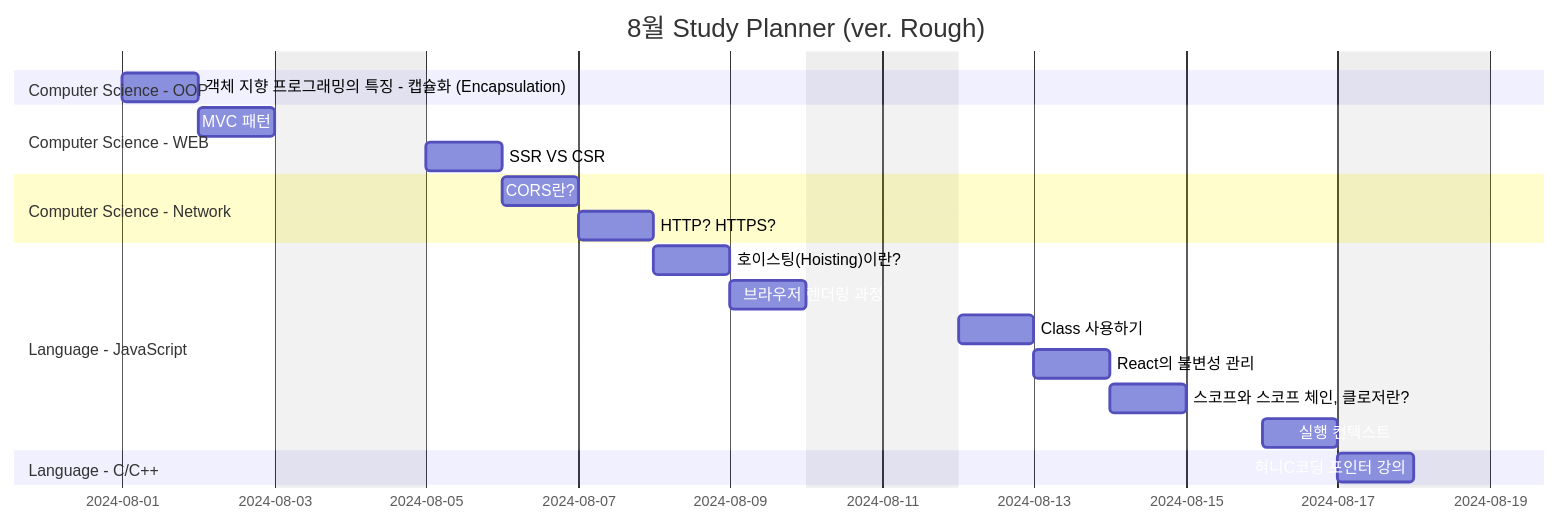
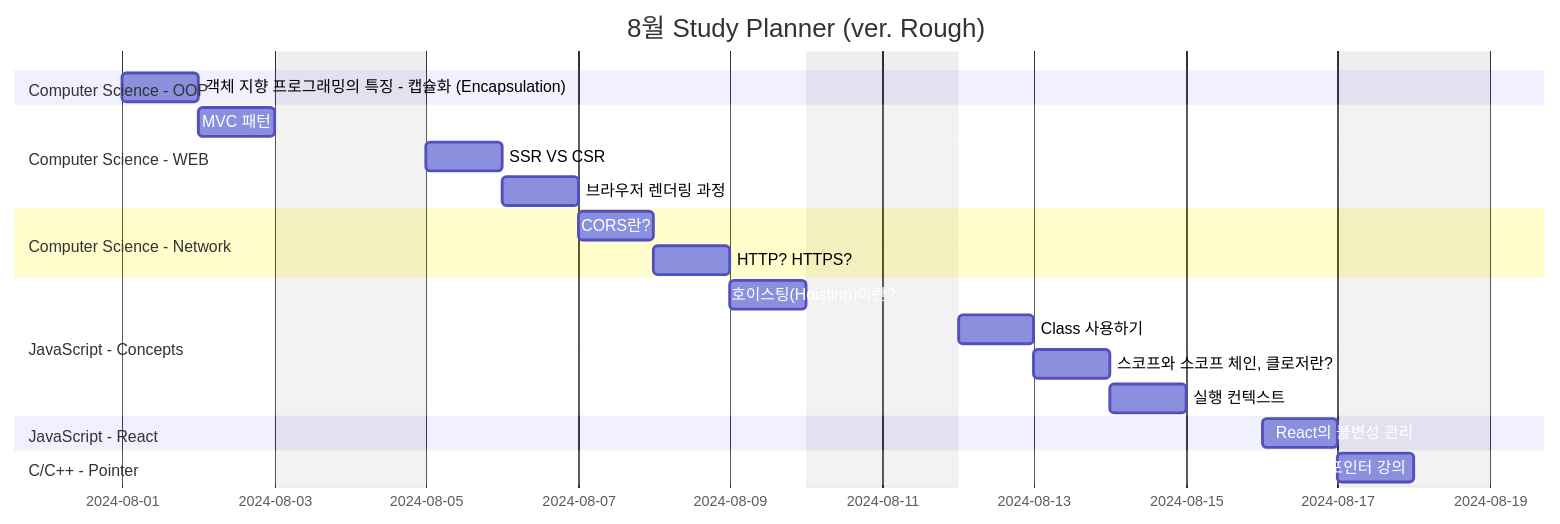
Before and after one commit to HyungJinHan/HyungJinHan.github.io: the second of 2 diagrams in _posts/other/2024-07-24-plan.md, drawn with Mermaid. The commit also changed other lines of this file and 19 other files, not shown here.

````diff
--- a/_posts/other/2024-07-24-plan.md
+++ b/_posts/other/2024-07-24-plan.md
@@ -32,27 +32,29 @@
 ```mermaid
 gantt
 title  8월 Study Planner (ver. Rough)
 excludes weekends
 
 section Computer Science - OOP
   객체 지향 프로그래밍의 특징 - 캡슐화 (Encapsulation) :e, 2024-08-01, 1d
 
 section Computer Science - WEB
   MVC 패턴 :f, 2024-08-02, 1d
   SSR VS CSR :g, 2024-08-05, 1d
+  브라우저 렌더링 과정 :k, 2024-08-06, 1d
 
 section Computer Science - Network
-  CORS란? :h, 2024-08-06, 1d
-  HTTP? HTTPS? :i, 2024-08-07, 1d
+  CORS란? :h, 2024-08-07, 1d
+  HTTP? HTTPS? :i, 2024-08-08, 1d
 
-section Language - JavaScript
-  호이스팅(Hoisting)이란? :j, 2024-08-08, 1d
-  브라우저 렌더링 과정 :k, 2024-08-09, 1d
+section JavaScript - Concepts
+  호이스팅(Hoisting)이란? :j, 2024-08-09, 1d
   Class 사용하기 :l, 2024-08-12, 1d
-  React의 불변성 관리 :m, 2024-08-13, 1d
-  스코프와 스코프 체인, 클로저란? :n, 2024-08-14, 1d
-  실행 컨텍스트 :o, 2024-08-16, 1d
+  스코프와 스코프 체인, 클로저란? :n, 2024-08-13, 1d
+  실행 컨텍스트 :o, 2024-08-14, 1d
 
-section Language - C/C++
+section JavaScript - React
+  React의 불변성 관리 :m, 2024-08-16, 1d
+
+section C/C++ - Pointer
   혀니C코딩 포인터 강의 :p, 2024-08-17, 1d
 ```
````
